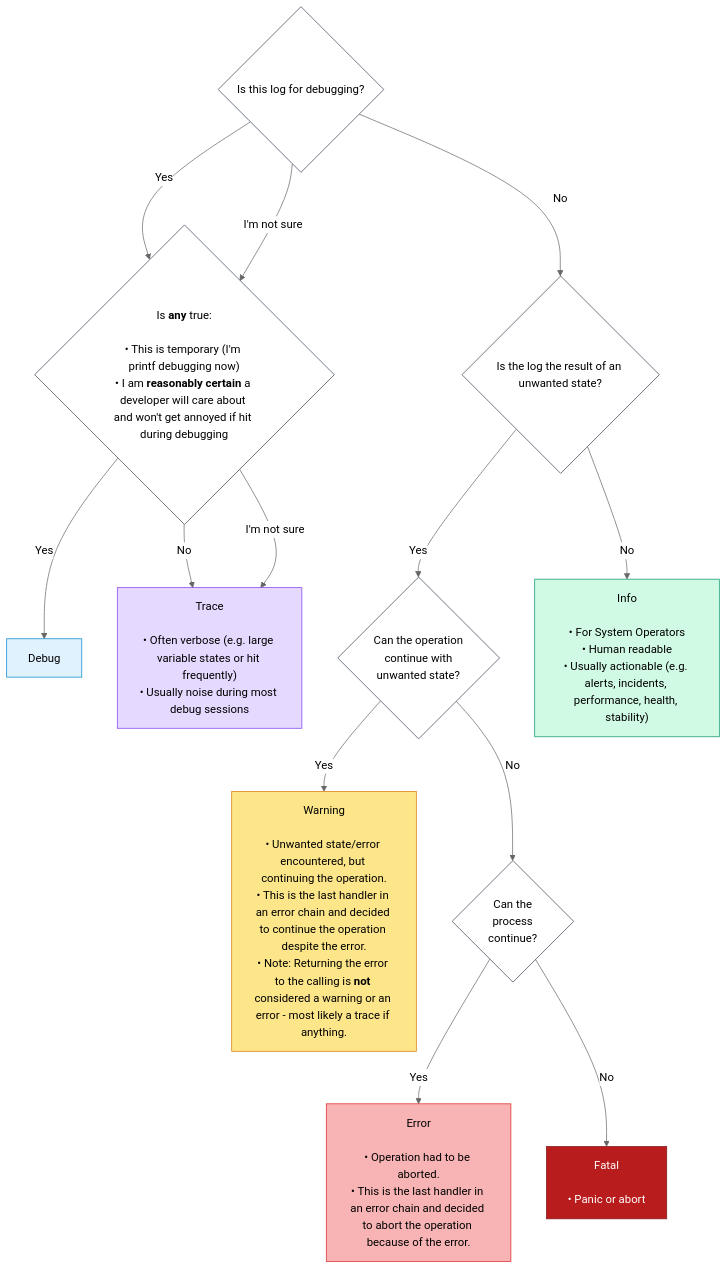
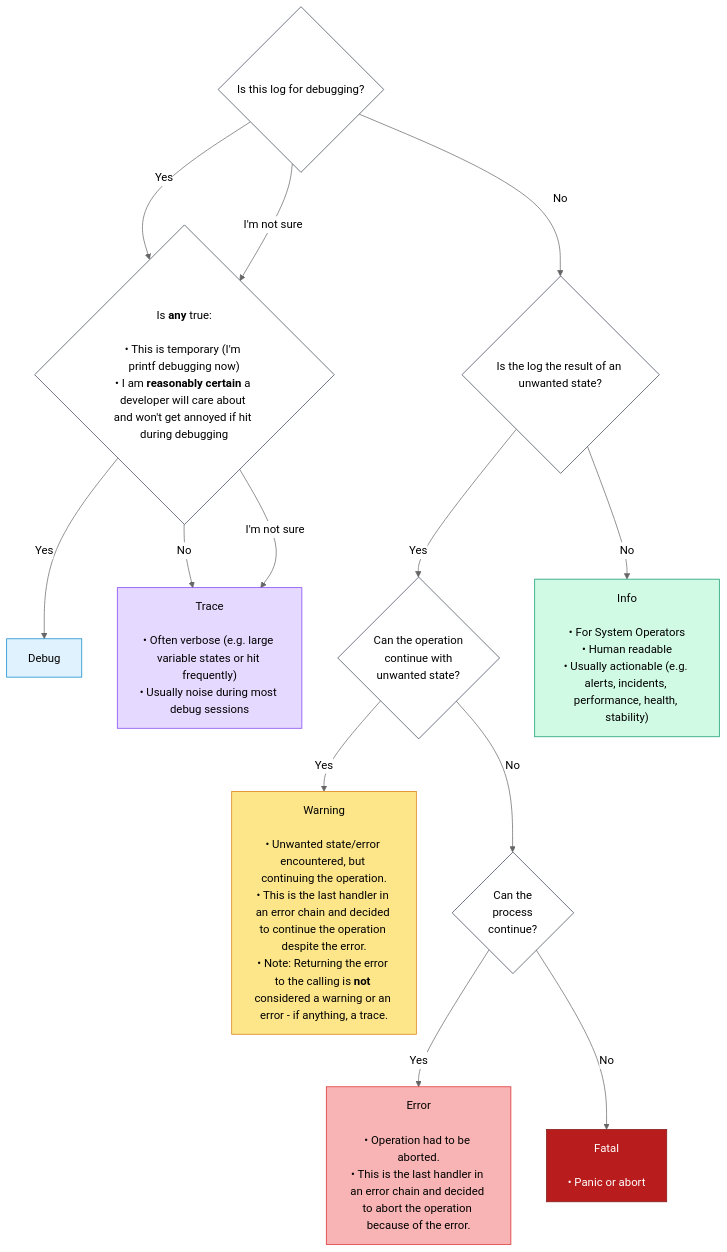
One commit to mcmah309/err_trail changed the diagram in README.md. Above: the diagram before and after it, drawn with Mermaid (neutral theme).

````diff
--- a/README.md
+++ b/README.md
@@ -68,45 +68,45 @@
 ```mermaid
 flowchart TD
     Start{Is this log for debugging?}
 
     Start -->|Yes| SessionType
     Start -->|No| UnwantedState
     Start -->|I'm not sure| SessionType
     SessionType --> |Yes| Debug
     SessionType --> |No| Trace
     SessionType -->|I'm not sure| Trace
     UnwantedState -->|Yes| ProcessContinue
     UnwantedState -->|No| Info    
     ProcessContinue -->|Yes| Warning
     ProcessContinue -->|No| AppContinue 
     AppContinue -->|Yes| Error
     AppContinue -->|No| Fatal
 
     UnwantedState{Is the log the result of an unwanted state?}
     SessionType{"Is <b>any</b> true:<br/><br/>• This is temporary (I'm printf debugging now)<br/>• I am <b>reasonably certain</b> a developer will care about and won't get annoyed if hit during debugging"}
     ProcessContinue{Can the operation<br/>continue with<br/>unwanted state?}
     AppContinue{Can the<br/>process<br/>continue?}
     
     classDef normal fill:#ffffff,stroke:#374151,color:#000;
     classDef trace  fill:#e6d9ff,stroke:#7c3aed,color:#000;
     classDef debug  fill:#e0f2fe,stroke:#0284c7,color:#000;
     classDef info   fill:#d1fae5,stroke:#059669,color:#000;
     classDef warning fill:#fde68a,stroke:#d97706,color:#000;
     classDef error  fill:#f8b4b4,stroke:#dc2626,color:#000;
     classDef fatal  fill:#b91c1c,stroke:#7f1d1d,color:#fff;
 
     class Start,SessionType,UnwantedState,ProcessContinue,AppContinue normal;
     class Trace trace;
     class Debug debug;
     class Info info;
     class Warning warning;
     class Error error;
     class Fatal fatal;
 
     Trace["Trace<br/><br/>• Often verbose (e.g. large variable states or hit frequently)<br/>• Usually noise during most debug sessions"]
     Debug[Debug]
     Info["Info<br/><br/>• For System Operators<br/>• Human readable<br/>• Usually actionable (e.g. alerts, incidents, performance, health, stability)"]
-    Warning["Warning<br/><br/>• Unwanted state/error encountered, but continuing the operation.<br/>• This is the last handler in an error chain and decided to continue the operation despite the error.<br/>• Note: Returning the error to the calling is <b>not</b> considered a warning or an error - most likely a trace if anything."]
+    Warning["Warning<br/><br/>• Unwanted state/error encountered, but continuing the operation.<br/>• This is the last handler in an error chain and decided to continue the operation despite the error.<br/>• Note: Returning the error to the calling is <b>not</b> considered a warning or an error - if anything, a trace."]
     Error["Error<br/><br/>• Operation had to be aborted.<br/>• This is the last handler in an error chain and decided to abort the operation because of the error."]
     Fatal[Fatal<br/><br/>• Panic or abort]
 ```
````
